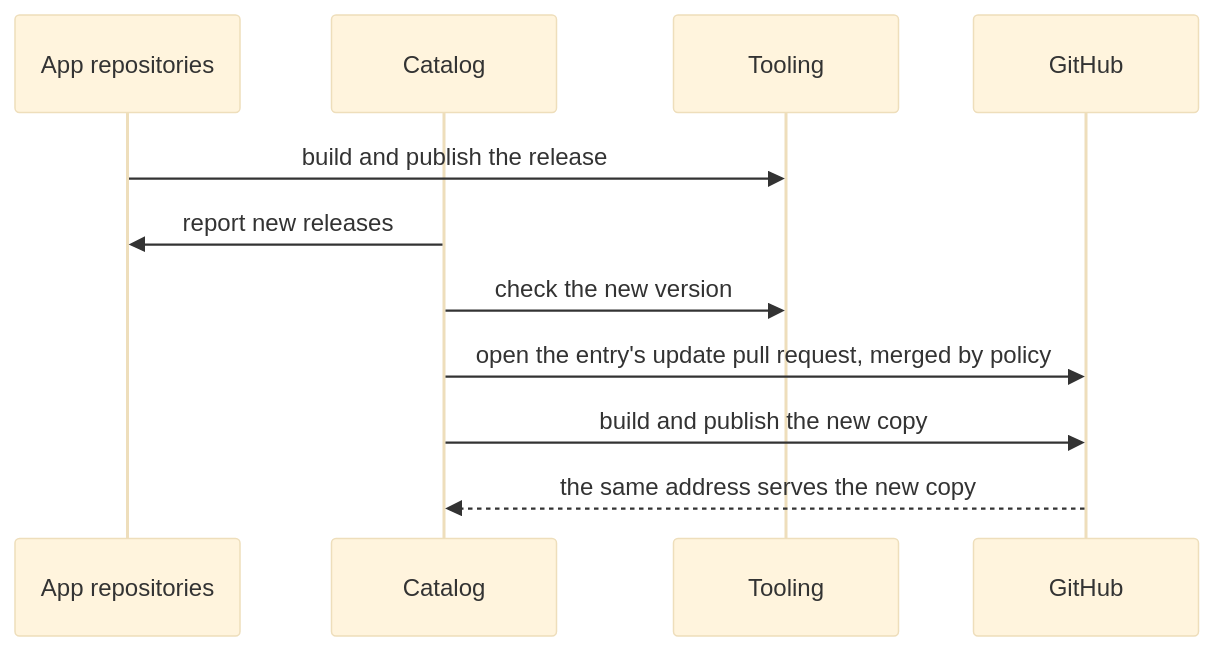
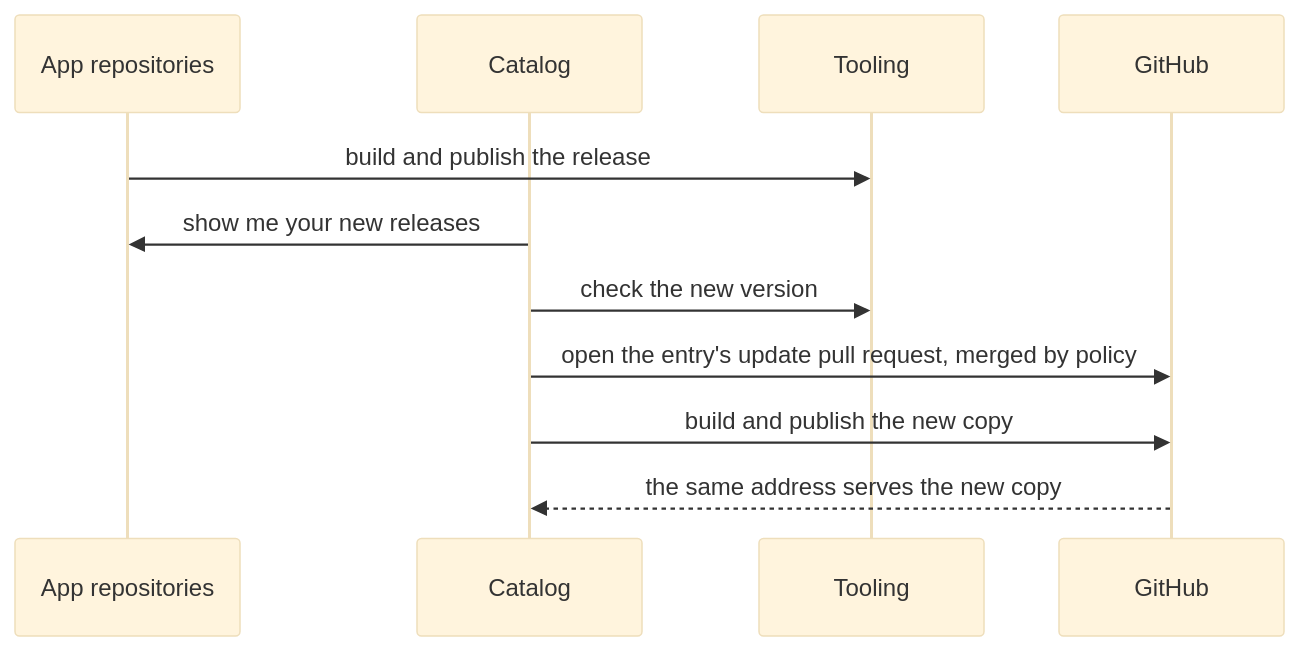
One commit to lernapps/docs changed the fourth of 6 diagrams in docs/arc42/06-runtime-view.arc42.md. Above: the diagram before and after it, drawn with Mermaid (base theme). The commit also changed other lines of this file and 2 other files, not shown here.

````diff
--- a/docs/arc42/06-runtime-view.arc42.md
+++ b/docs/arc42/06-runtime-view.arc42.md
@@ -166,13 +166,13 @@
 ```mermaid
 sequenceDiagram
     participant appactions as App repositories
     participant catalog as Catalog
     participant tooling as Tooling
     participant github as GitHub
     appactions->>tooling: build and publish the release
-    catalog->>appactions: report new releases
+    catalog->>appactions: show me your new releases
     catalog->>tooling: check the new version
     catalog->>github: open the entry's update pull request, merged by policy
     catalog->>github: build and publish the new copy
     github-->>catalog: the same address serves the new copy
 ```
````
